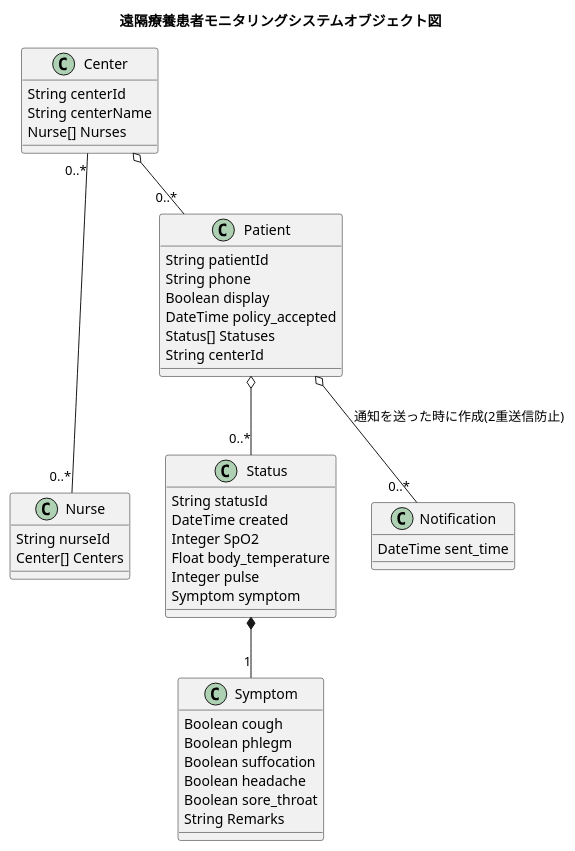
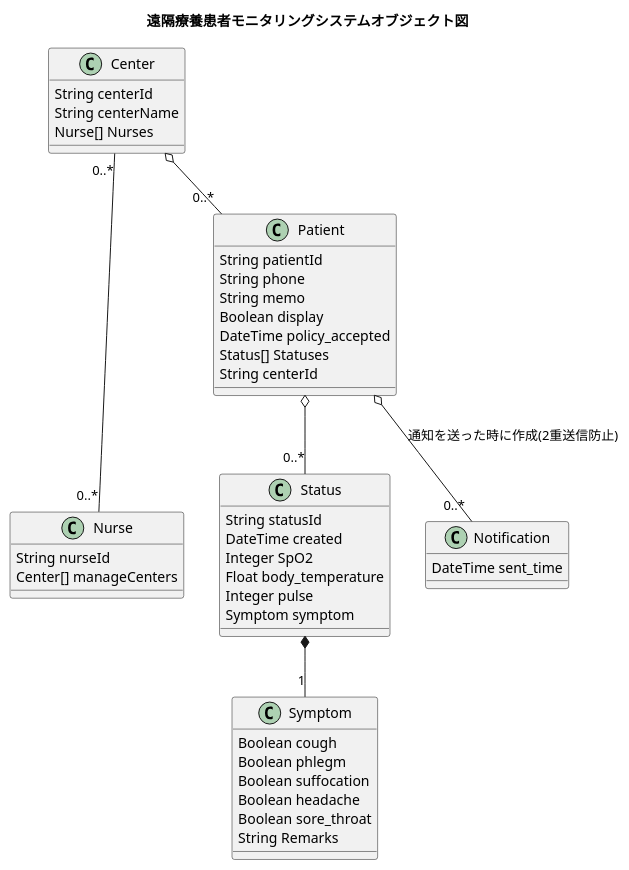
The diagram in docs/uml/classes.pu (codeforjapan/remote-patient-monitoring-api), drawn with PlantUML before and after one commit. The commit also changed 9 other files, not shown here.

```diff
--- a/docs/uml/classes.pu
+++ b/docs/uml/classes.pu
@@ -1,52 +1,53 @@
 @startuml RemotePatientMonitoring
 title 遠隔療養患者モニタリングシステムオブジェクト図
 skinparam backgroundColor white
 
 Center "0..*" --- "0..*" Nurse
 Center o-- "0..*" Patient
 Patient o-- "0..*" Status
 Status *-- "1" Symptom
 Patient o-- "0..*" Notification :通知を送った時に作成(2重送信防止)
 
 class Center {
     String centerId
     String centerName
     Nurse[] Nurses
 }
 
 class Nurse {
     String nurseId
-    Center[] Centers
+    Center[] manageCenters
 }
 
 class Patient {
     String patientId
     String phone
+    String memo
     Boolean display
     DateTime policy_accepted
     Status[] Statuses
     String centerId
 }
 
 class Status {
     String statusId
     DateTime created
     Integer SpO2
     Float body_temperature
     Integer pulse
     Symptom symptom
 }
 
 class Symptom {
     Boolean cough
     Boolean phlegm
     Boolean suffocation
     Boolean headache
     Boolean sore_throat
     String Remarks
 }
 
 class Notification {
     DateTime sent_time
 }
 @enduml
```
